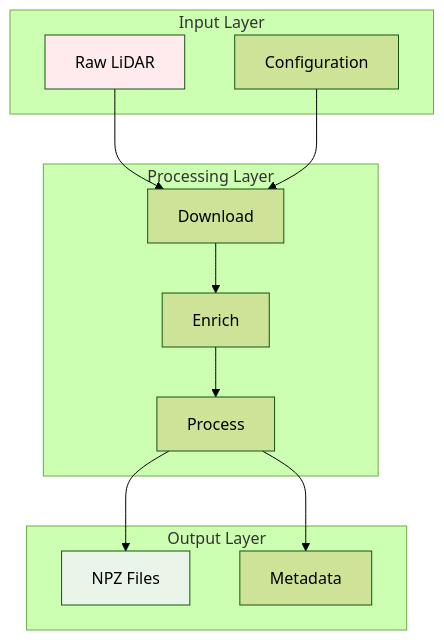
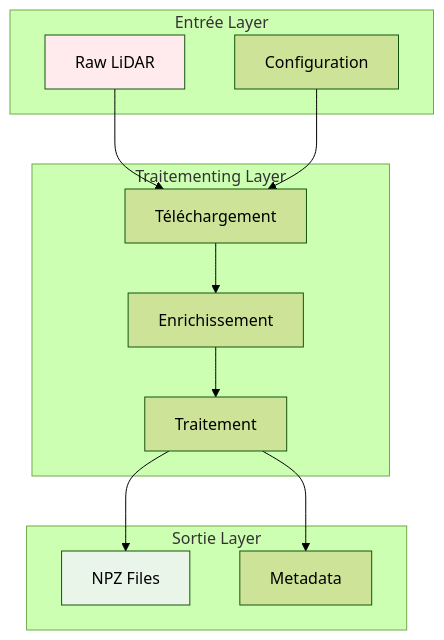
Before and after one commit to sducournau/IGN_LIDAR_HD_DATASET: the second of 12 diagrams in website/i18n/fr/docusaurus-plugin-content-docs/current/mermaid-reference.md, drawn with Mermaid (forest theme). The commit also changed other lines of this file and 42 other files, not shown here.

````diff
--- a/website/i18n/fr/docusaurus-plugin-content-docs/current/mermaid-reference.md
+++ b/website/i18n/fr/docusaurus-plugin-content-docs/current/mermaid-reference.md
@@ -38,28 +30,28 @@
 ```mermaid
 graph TB
-    subgraph "Input Layer"
+    subgraph "Entrée Layer"
         I1[Raw LiDAR]
         I2[Configuration]
     end
 
-    subgraph "Processing Layer"
-        P1[Download]
-        P2[Enrich]
-        P3[Process]
+    subgraph "Traitementing Layer"
+        P1[Téléchargement]
+        P2[Enrichissement]
+        P3[Traitement]
     end
 
-    subgraph "Output Layer"
+    subgraph "Sortie Layer"
         O1[NPZ Files]
         O2[Metadata]
     end
 
     I1 --> P1
     I2 --> P1
     P1 --> P2
     P2 --> P3
     P3 --> O1
     P3 --> O2
 
     style I1 fill:#ffebee
     style O1 fill:#e8f5e8
 ```
````
